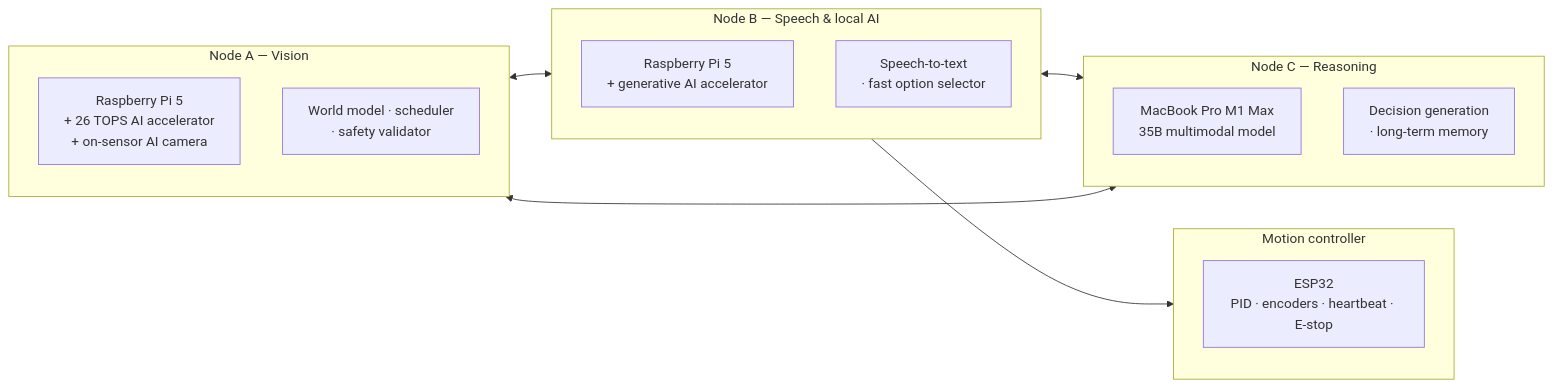
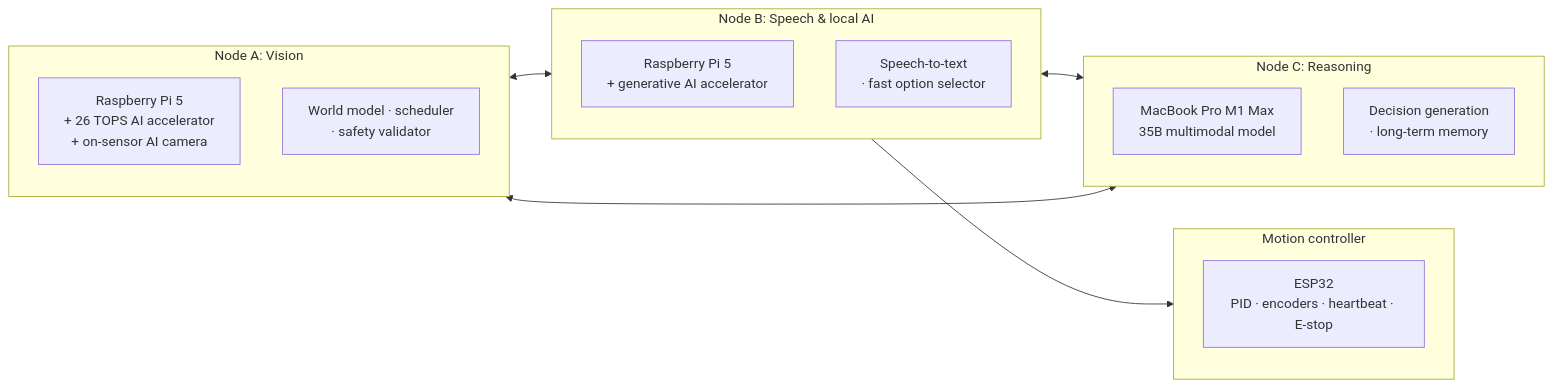
The first of 3 diagrams in README.md (nicholasueki/solar-autonomous-rover), drawn with Mermaid before and after one commit. The commit also changed other lines of this file and 1 other file, not shown here.

````diff
--- a/README.md
+++ b/README.md
@@ -79,22 +70,22 @@
 ```mermaid
 flowchart LR
-    subgraph A["Node A — Vision"]
+    subgraph A["Node A: Vision"]
         A1["Raspberry Pi 5<br/>+ 26 TOPS AI accelerator<br/>+ on-sensor AI camera"]
         A2["World model · scheduler<br/>· safety validator"]
     end
-    subgraph B["Node B — Speech & local AI"]
+    subgraph B["Node B: Speech & local AI"]
         B1["Raspberry Pi 5<br/>+ generative AI accelerator"]
         B2["Speech-to-text<br/>· fast option selector"]
     end
-    subgraph C["Node C — Reasoning"]
+    subgraph C["Node C: Reasoning"]
         C1["MacBook Pro M1 Max<br/>35B multimodal model"]
         C2["Decision generation<br/>· long-term memory"]
     end
     subgraph M["Motion controller"]
         M1["ESP32<br/>PID · encoders · heartbeat · E-stop"]
     end
     A <--> B
     B <--> C
     A <--> C
     B --> M
 ```
````
